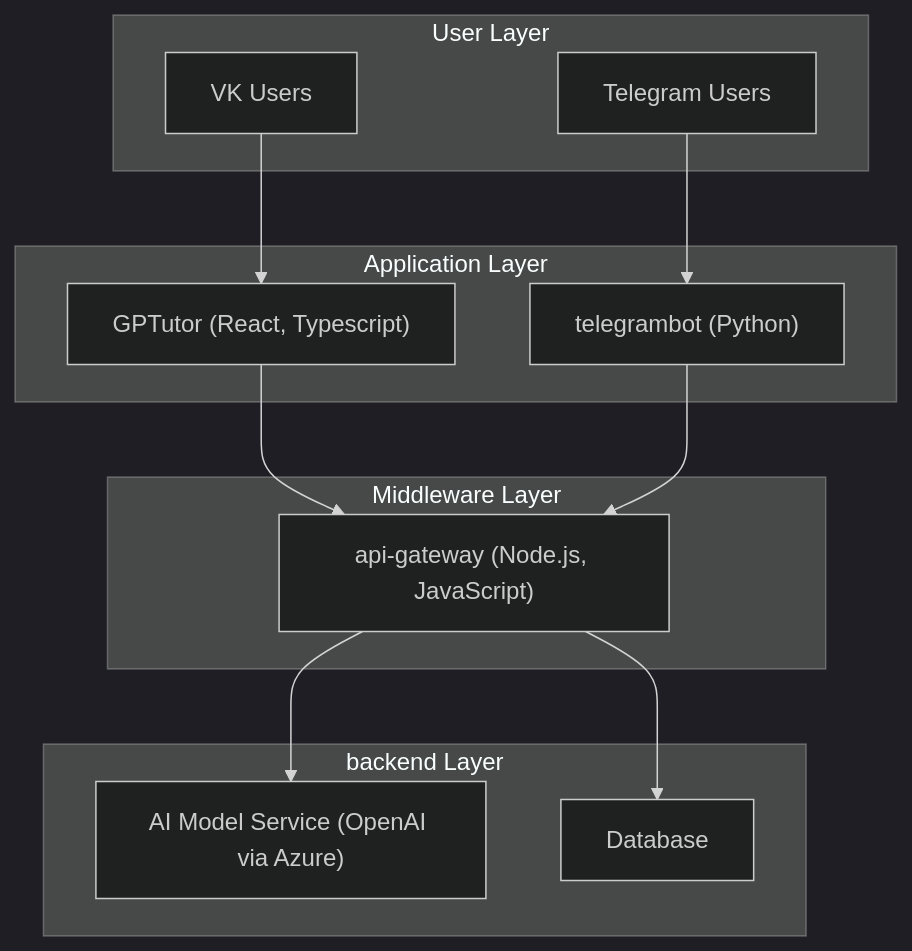
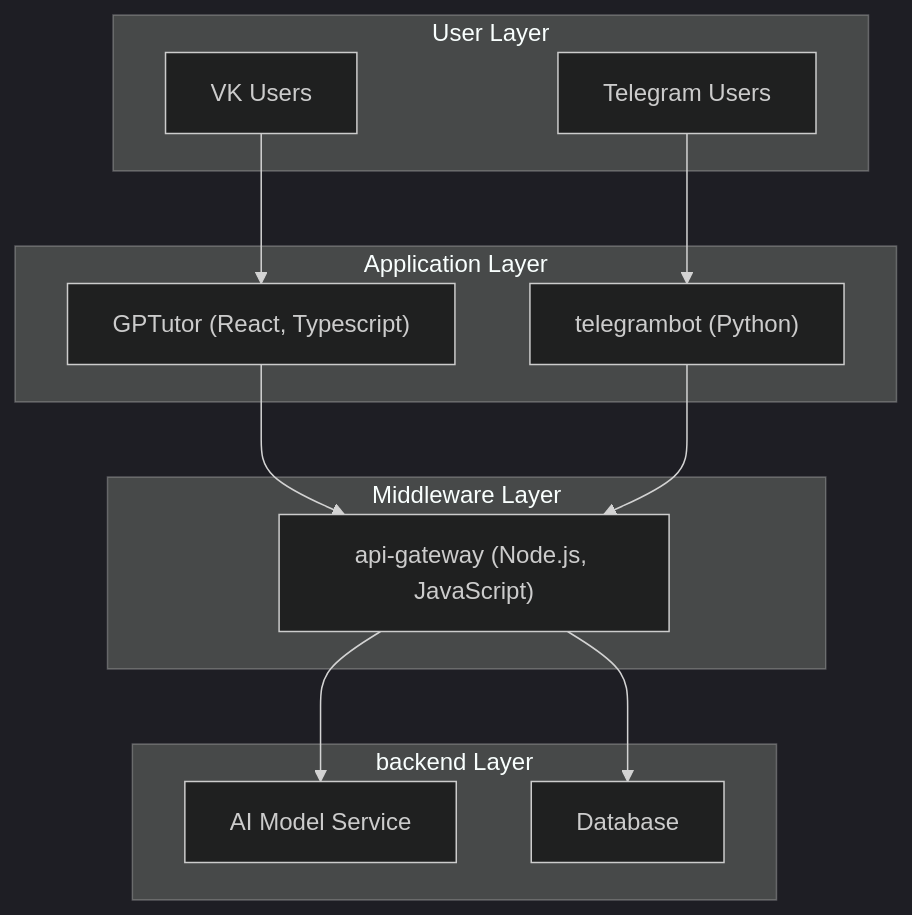
One commit to deep-assistant/.github changed the diagram in profile/README.md. Above: the diagram before and after it, drawn with Mermaid (dark theme). The commit also changed other lines of this file, not shown here.

````diff
--- a/profile/README.md
+++ b/profile/README.md
@@ -13,29 +13,33 @@
 ```mermaid
 graph TB
 
 subgraph UserLayer["User Layer"]
     user_vk["VK Users"]
     user_tele["Telegram Users"]
 end
 
 subgraph ApplicationLayer["Application Layer"]
     app_gptutor["GPTutor (React, Typescript)"]
     app_telebot["telegrambot (Python)"]
 end
 
 subgraph MiddlewareLayer["Middleware Layer"]
     middleware_apigw["api-gateway (Node.js, JavaScript)"]
 end
 
 subgraph backendLayer["backend Layer"]
-    backend_ai["AI Model Service (OpenAI via Azure)"]
+    backend_ai["AI Model Service"]
     backend_db["Database"]
 end
 
 user_vk --> app_gptutor
 user_tele --> app_telebot
 app_gptutor --> middleware_apigw
 app_telebot --> middleware_apigw
 middleware_apigw --> backend_ai
 middleware_apigw --> backend_db
+
+click app_gptutor "https://github.com/deep-assistant/GPTutor"
+click app_telebot "https://github.com/deep-assistant/telegrambot"
+click middleware_apigw "https://github.com/deep-assistant/api-gateway"
 ```
````
